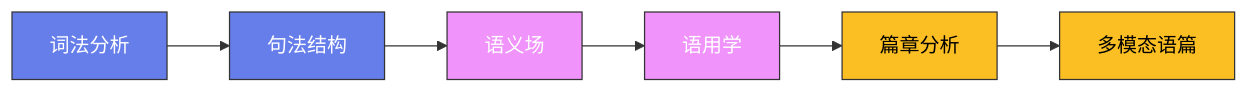
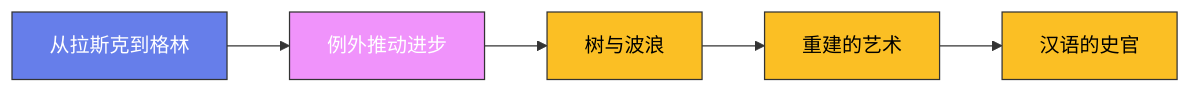
Before and after one commit to Fengur/Fengur.github.io: the diagram in content/posts/ModelCreate/语言学/08-历史语言学.md, drawn with Mermaid. The commit also changed other lines of this file and 505 other files, not shown here.

First line of the commit message:
content(blog): ModelCreate 全站质量修复——front matter 补全、占位图修复、事实错误修正、注水文重写

````diff
--- a/content/posts/ModelCreate/语言学/08-历史语言学.md
+++ b/content/posts/ModelCreate/语言学/08-历史语言学.md
@@ -37,16 +40,21 @@
 ```mermaid
 graph LR
-    A["词法分析"] --> B["句法结构"]
-    B --> C["语义场"]
-    C --> D["语用学"]
-    D --> E["篇章分析"]
-    E --> F["多模态语篇"]
+    A["从拉斯克到格林"]
+    B["例外推动进步"]
+    C["树与波浪"]
+    D["重建的艺术"]
+    E["汉语的史官"]
+
+    A --> B
+    B --> C
+    C --> D
+    D --> E
 
     classDef early fill:#667eea,stroke:#333,color:white
     classDef mid fill:#f093fb,stroke:#333,color:white
     classDef modern fill:#fbbf24,stroke:#333,color:black
 
-    class A,B early
-    class C,D mid
-    class E,F modern
+    class A early
+    class B mid
+    class C,D,E modern
 ```
````
